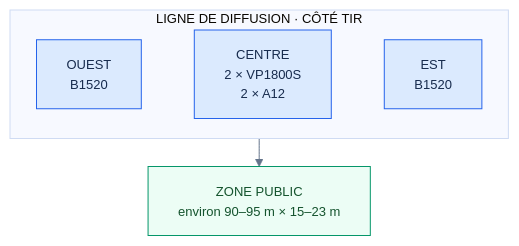
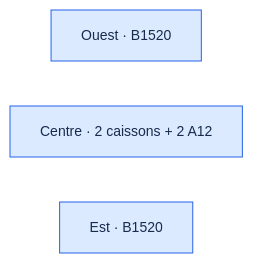
The second of 3 diagrams in README.md (HAZIT-FR/PGE-SONO), drawn with Mermaid before and after one commit. The commit also changed other lines of this file, not shown here.

Commit message:
docs: appliquer style GitHub cohérent et améliorer lisibilité des schémas

````diff
--- a/README.md
+++ b/README.md
@@ -73,17 +71,12 @@
 ```mermaid
-%%{init: {"flowchart": {"nodeSpacing": 20, "rankSpacing": 28, "htmlLabels": false}, "theme": "base", "themeVariables": {"fontSize": "13px", "lineColor": "#64748b"}}}%%
+%%{init: {"flowchart": {"nodeSpacing": 35, "rankSpacing": 45, "htmlLabels": false}, "theme": "base", "themeVariables": {"fontSize": "14px", "lineColor": "#64748b"}}}%%
 flowchart TB
-  subgraph Diffusion["LIGNE DE DIFFUSION · CÔTÉ TIR"]
-    direction LR
-    O["OUEST<br/>B1520"]
-    C["CENTRE<br/>2 × VP1800S<br/>2 × A12"]
-    E["EST<br/>B1520"]
-    O ~~~ C ~~~ E
-  end
-  P["ZONE PUBLIC<br/>environ 90–95 m × 15–23 m"]
-  C --> P
-  classDef speakers fill:#dbeafe,stroke:#2563eb,color:#172b4d;
-  classDef public fill:#ecfdf5,stroke:#059669,color:#14532d;
-  class O,C,E speakers;
-  class P public;
+  accTitle: Implantation actuelle des trois points de diffusion
+  accDescr: Enceinte B1520 à l'ouest, deux caissons et deux A12 au centre, enceinte B1520 à l'est.
+  O["Ouest · B1520"]
+  C["Centre · 2 caissons + 2 A12"]
+  E["Est · B1520"]
+  O ~~~ C ~~~ E
+  classDef speaker fill:#dbeafe,stroke:#2563eb,color:#172b4d;
+  class O,C,E speaker;
 ```
````
